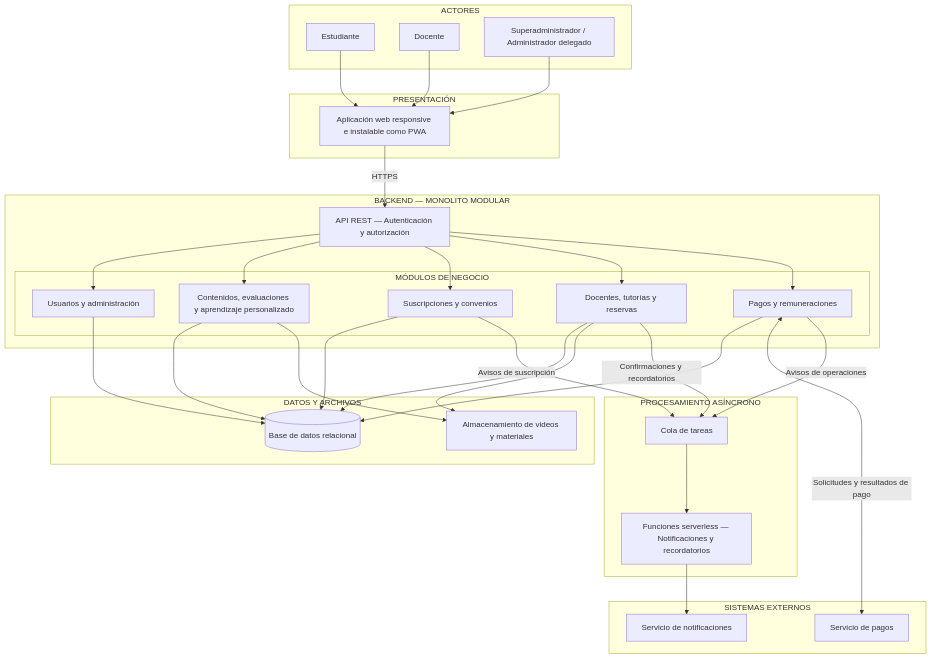
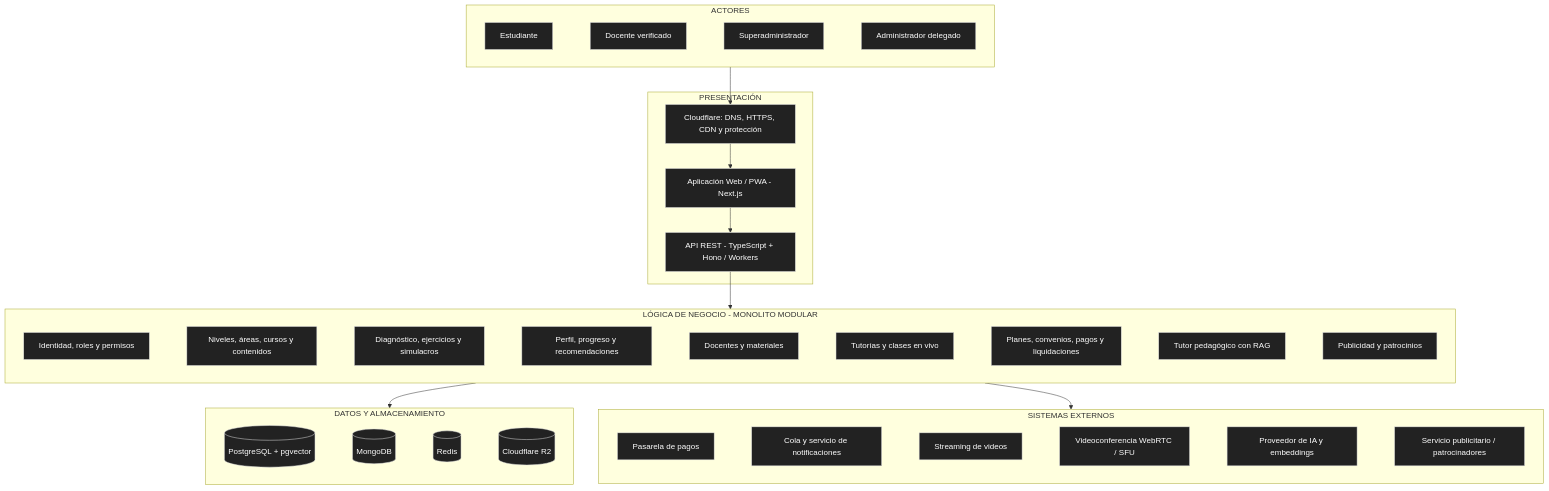
The diagram in docs/02-arquitectura-software/arquitectura-inicial.md (100robert/Mentelyx), drawn with Mermaid before and after one commit. The commit also changed 9 other files, not shown here.

````diff
--- a/docs/02-arquitectura-software/arquitectura-inicial.md
+++ b/docs/02-arquitectura-software/arquitectura-inicial.md
@@ -3,70 +3,82 @@
 ```mermaid
+
 flowchart TD
-
     subgraph ACTORES["ACTORES"]
         Estudiante["Estudiante"]
-        Docente["Docente"]
-        Administrador["Superadministrador / Administrador delegado"]
+        Docente["Docente verificado"]
+        Superadmin["Superadministrador"]
+        Delegado["Administrador delegado"]
     end
 
     subgraph PRESENTACION["PRESENTACIÓN"]
-        PWA["Aplicación web responsive e instalable como PWA"]
+        Edge["Cloudflare: DNS, HTTPS, CDN y protección"]
+        Web["Aplicación Web / PWA - Next.js"]
+        API["API REST - TypeScript + Hono / Workers"]
     end
 
-    subgraph BACKEND["BACKEND — MONOLITO MODULAR"]
-        API["API REST — Autenticación y autorización"]
-
-        subgraph NEGOCIO["MÓDULOS DE NEGOCIO"]
-            Usuarios["Usuarios y administración"]
-            Aprendizaje["Contenidos, evaluaciones y aprendizaje personalizado"]
-            Acceso["Suscripciones y convenios"]
-            Tutorias["Docentes, tutorías y reservas"]
-            Pagos["Pagos y remuneraciones"]
-        end
+    subgraph NEGOCIO["LÓGICA DE NEGOCIO - MONOLITO MODULAR"]
+        Identidad["Identidad, roles y permisos"]
+        Academico["Niveles, áreas, cursos y contenidos"]
+        Evaluacion["Diagnóstico, ejercicios y simulacros"]
+        Aprendizaje["Perfil, progreso y recomendaciones"]
+        GestionDocente["Docentes y materiales"]
+        Tutorias["Tutorías y clases en vivo"]
+        Comercial["Planes, convenios, pagos y liquidaciones"]
+        TutorIA["Tutor pedagógico con RAG"]
+        Publicidad["Publicidad y patrocinios"]
     end
 
-    subgraph DATOS["DATOS Y ARCHIVOS"]
-        BD[("Base de datos relacional")]
-        Archivos["Almacenamiento de videos y materiales"]
-    end
-
-    subgraph ASINCRONO["PROCESAMIENTO ASÍNCRONO"]
-        Cola["Cola de tareas"]
-        Funciones["Funciones serverless — Notificaciones y recordatorios"]
+    subgraph DATOS["DATOS Y ALMACENAMIENTO"]
+        SQL[("PostgreSQL + pgvector")]
+        NoSQL[("MongoDB")]
+        Cache[("Redis")]
+        Archivos[("Cloudflare R2")]
     end
 
     subgraph EXTERNOS["SISTEMAS EXTERNOS"]
-        Pasarela["Servicio de pagos"]
-        Notificaciones["Servicio de notificaciones"]
+        Pagos["Pasarela de pagos"]
+        Notificaciones["Cola y servicio de notificaciones"]
+        Video["Streaming de videos"]
+        WebRTC["Videoconferencia WebRTC / SFU"]
+        IA["Proveedor de IA y embeddings"]
+        Anuncios["Servicio publicitario / patrocinadores"]
     end
 
-    Estudiante --> PWA
-    Docente --> PWA
-    Administrador --> PWA
+    ACTORES --> Edge
+    Edge --> Web
+    Web --> API
+    API --> NEGOCIO
+    NEGOCIO --> DATOS
+    NEGOCIO --> EXTERNOS
 
-    PWA -->|"HTTPS"| API
+    Estudiante ~~~ Docente
+    Docente ~~~ Superadmin
+    Superadmin ~~~ Delegado
 
-    API --> Usuarios
-    API --> Aprendizaje
-    API --> Acceso
-    API --> Tutorias
-    API --> Pagos
+    Identidad ~~~ Academico
+    Academico ~~~ Evaluacion
+    Evaluacion ~~~ Aprendizaje
+    Aprendizaje ~~~ GestionDocente
+    GestionDocente ~~~ Tutorias
+    Tutorias ~~~ Comercial
+    Comercial ~~~ TutorIA
+    TutorIA ~~~ Publicidad
 
-    Usuarios --> BD
-    Aprendizaje --> BD
-    Acceso --> BD
-    Tutorias --> BD
-    Pagos --> BD
+    SQL ~~~ NoSQL
+    NoSQL ~~~ Cache
+    Cache ~~~ Archivos
 
-    Aprendizaje --> Archivos
-    Tutorias --> Archivos
+    Pagos ~~~ Notificaciones
+    Notificaciones ~~~ Video
+    Video ~~~ WebRTC
+    WebRTC ~~~ IA
+    IA ~~~ Anuncios
 
-    Pagos <-->|"Solicitudes y resultados de pago"| Pasarela
+    classDef oscuro fill:#222,stroke:#ddd,color:#fff
+    class Estudiante,Docente,Superadmin,Delegado oscuro
+    class Edge,Web,API oscuro
+    class Identidad,Academico,Evaluacion,Aprendizaje,GestionDocente,Tutorias,Comercial,TutorIA,Publicidad oscuro
+    class SQL,NoSQL,Cache,Archivos oscuro
+    class Pagos,Notificaciones,Video,WebRTC,IA,Anuncios oscuro
 
-    Acceso -->|"Avisos de suscripción"| Cola
-    Tutorias -->|"Confirmaciones y recordatorios"| Cola
-    Pagos -->|"Avisos de operaciones"| Cola
-
-    Cola --> Funciones
-    Funciones --> Notificaciones
 ```
````
